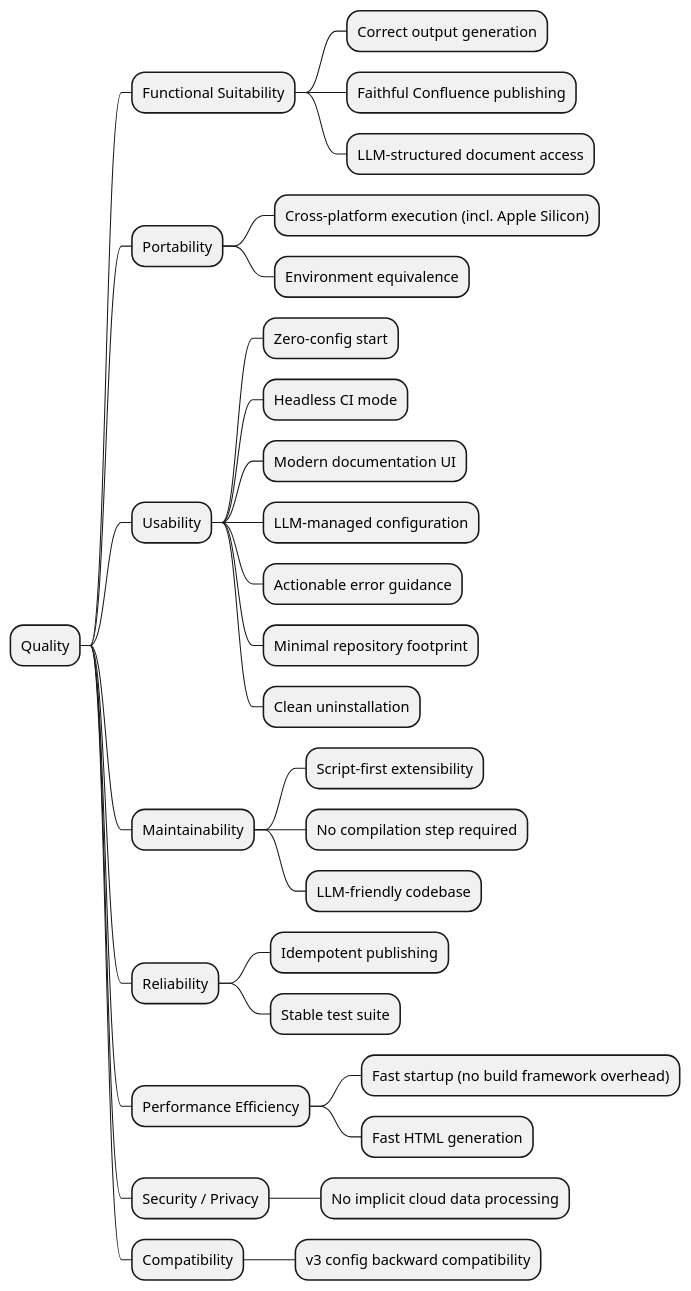
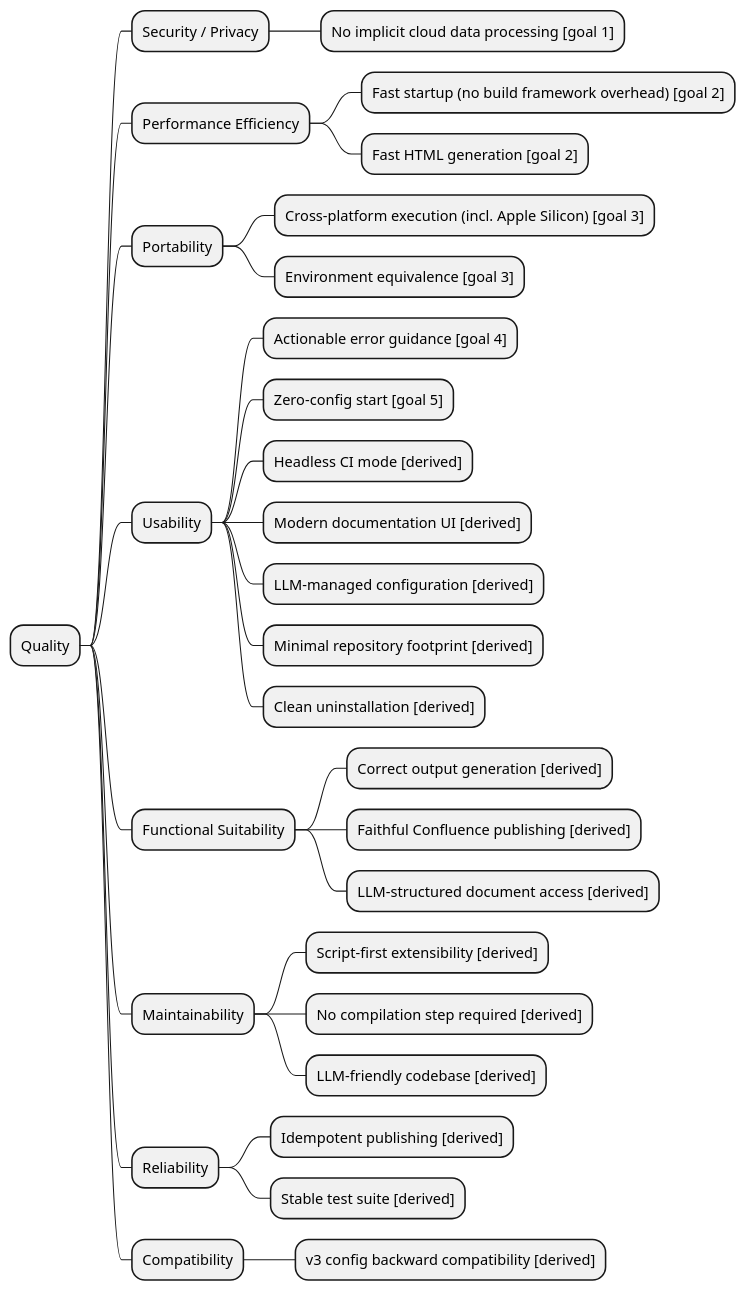
The diagram in src/docs/arc42/chapters/10_quality_requirements.adoc (raifdmueller/docToolchain), drawn with PlantUML before and after one commit. The commit also changed other lines of this file and 21 other files, not shown here.

```diff
--- a/src/docs/arc42/chapters/10_quality_requirements.adoc
+++ b/src/docs/arc42/chapters/10_quality_requirements.adoc
@@ -27,35 +28,35 @@
 [plantuml,quality-tree,png]
 ----
 @startmindmap
 * Quality
+** Security / Privacy
+*** No implicit cloud data processing [goal 1]
+** Performance Efficiency
+*** Fast startup (no build framework overhead) [goal 2]
+*** Fast HTML generation [goal 2]
+** Portability
+*** Cross-platform execution (incl. Apple Silicon) [goal 3]
+*** Environment equivalence [goal 3]
+** Usability
+*** Actionable error guidance [goal 4]
+*** Zero-config start [goal 5]
+*** Headless CI mode [derived]
+*** Modern documentation UI [derived]
+*** LLM-managed configuration [derived]
+*** Minimal repository footprint [derived]
+*** Clean uninstallation [derived]
 ** Functional Suitability
-*** Correct output generation
-*** Faithful Confluence publishing
-*** LLM-structured document access
-** Portability
-*** Cross-platform execution (incl. Apple Silicon)
-*** Environment equivalence
-** Usability
-*** Zero-config start
-*** Headless CI mode
-*** Modern documentation UI
-*** LLM-managed configuration
-*** Actionable error guidance
-*** Minimal repository footprint
-*** Clean uninstallation
+*** Correct output generation [derived]
+*** Faithful Confluence publishing [derived]
+*** LLM-structured document access [derived]
 ** Maintainability
-*** Script-first extensibility
-*** No compilation step required
-*** LLM-friendly codebase
+*** Script-first extensibility [derived]
+*** No compilation step required [derived]
+*** LLM-friendly codebase [derived]
 ** Reliability
-*** Idempotent publishing
-*** Stable test suite
-** Performance Efficiency
-*** Fast startup (no build framework overhead)
-*** Fast HTML generation
-** Security / Privacy
-*** No implicit cloud data processing
+*** Idempotent publishing [derived]
+*** Stable test suite [derived]
 ** Compatibility
-*** v3 config backward compatibility
+*** v3 config backward compatibility [derived]
 @endmindmap
 ----
```
